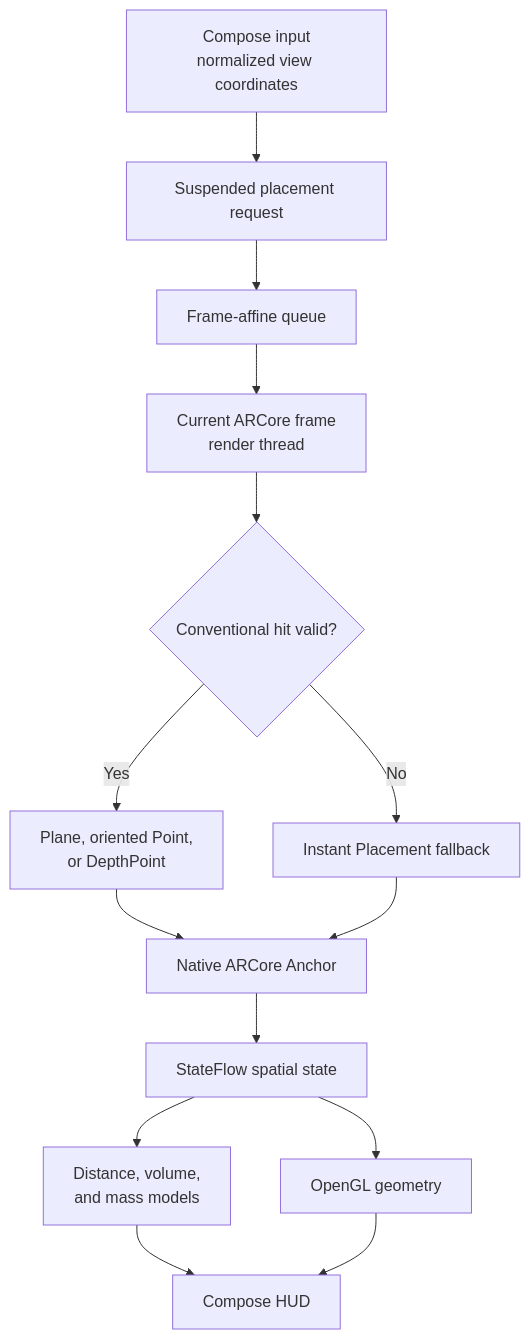
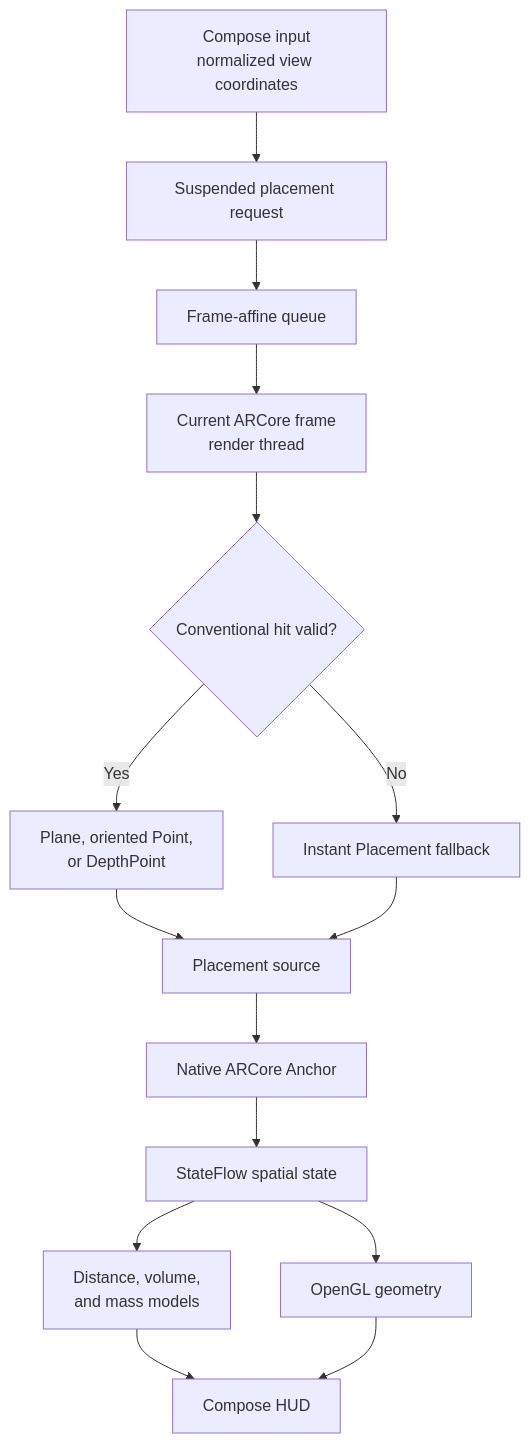
The diagram in README.md (maurizioprizzi/aetheris), drawn with Mermaid before and after one commit. The commit also changed other lines of this file and 7 other files, not shown here.

````diff
--- a/README.md
+++ b/README.md
@@ -52,16 +54,17 @@
 ```mermaid
 flowchart TD
     A["Compose input<br/>normalized view coordinates"] --> B["Suspended placement request"]
     B --> C["Frame-affine queue"]
     C --> D["Current ARCore frame<br/>render thread"]
     D --> E{"Conventional hit valid?"}
     E -- Yes --> F["Plane, oriented Point,<br/>or DepthPoint"]
     E -- No --> G["Instant Placement fallback"]
-    F --> H["Native ARCore Anchor"]
-    G --> H
+    F --> P["Placement source"]
+    G --> P
+    P --> H["Native ARCore Anchor"]
     H --> I["StateFlow spatial state"]
     I --> J["Distance, volume,<br/>and mass models"]
     I --> K["OpenGL geometry"]
     J --> L["Compose HUD"]
     K --> L
 ```
````
